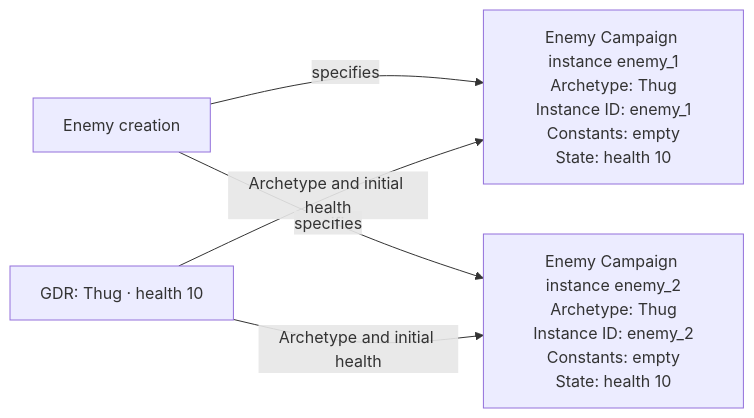
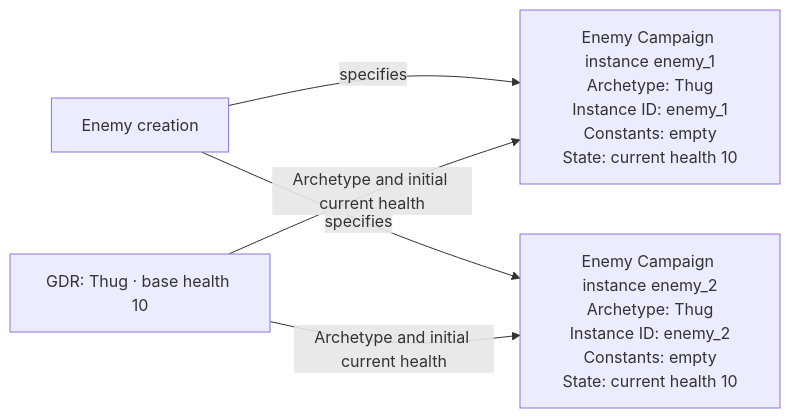
One commit to konrad-jamrozik/game-v5 changed the fourth of 7 diagrams in docs/specs/foundation/game-data-records.md. Above: the diagram before and after it, drawn with Mermaid. The commit also changed other lines of this file and 14 other files, not shown here.

First line of the commit message:
Rename maximum health to base health and qualify current health

````diff
--- a/docs/specs/foundation/game-data-records.md
+++ b/docs/specs/foundation/game-data-records.md
@@ -225,7 +225,7 @@
 ```mermaid
 flowchart LR
     Creation["Enemy creation"] -->|specifies| Enemy1
     Creation -->|specifies| Enemy2
-    Thug["GDR: Thug · health 10"] -->|Archetype and initial health| Enemy1["Enemy Campaign instance enemy_1<br/>Archetype: Thug<br/>Instance ID: enemy_1<br/>Constants: empty<br/>State: health 10"]
-    Thug -->|Archetype and initial health| Enemy2["Enemy Campaign instance enemy_2<br/>Archetype: Thug<br/>Instance ID: enemy_2<br/>Constants: empty<br/>State: health 10"]
+    Thug["GDR: Thug · base health 10"] -->|Archetype and initial current health| Enemy1["Enemy Campaign instance enemy_1<br/>Archetype: Thug<br/>Instance ID: enemy_1<br/>Constants: empty<br/>State: current health 10"]
+    Thug -->|Archetype and initial current health| Enemy2["Enemy Campaign instance enemy_2<br/>Archetype: Thug<br/>Instance ID: enemy_2<br/>Constants: empty<br/>State: current health 10"]
 ```
````
